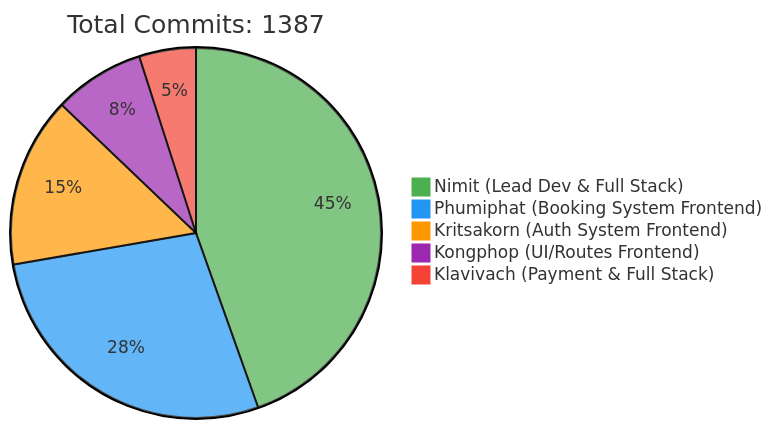
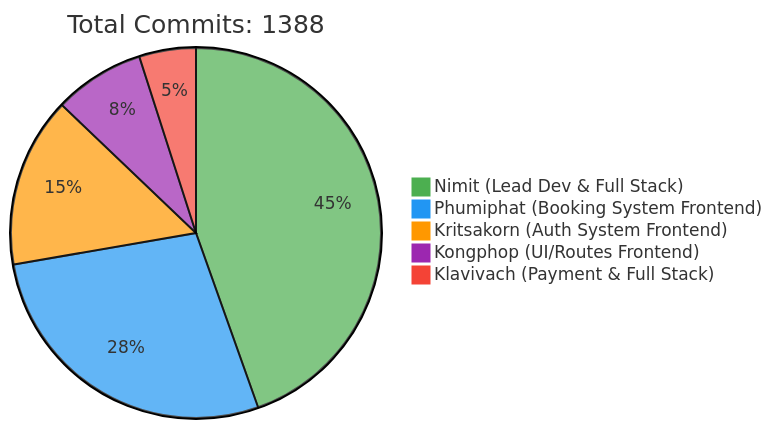
One commit to 6531503042/Sport-Complex changed the first of 2 diagrams in README.md. Above: the diagram before and after it, drawn with Mermaid. The commit also changed other lines of this file, not shown here.

Commit message:
docs: Update contributor statistics [skip ci]

````diff
--- a/README.md
+++ b/README.md
@@ -257,10 +257,10 @@
 ```mermaid
 %%{init: {'theme': 'base', 'themeVariables': { 'pie1': '#4CAF50', 'pie2': '#2196F3', 'pie3': '#FF9800', 'pie4': '#9C27B0', 'pie5': '#F44336'}}}%%
 pie
-    title Total Commits: 1387
+    title Total Commits: 1388
     "Nimit (Lead Dev & Full Stack)" : 450
     "Phumiphat (Booking System Frontend)" : 280
     "Kritsakorn (Auth System Frontend)" : 150
     "Kongphop (UI/Routes Frontend)" : 80
     "Klavivach (Payment & Full Stack)" : 50
 ```
````
